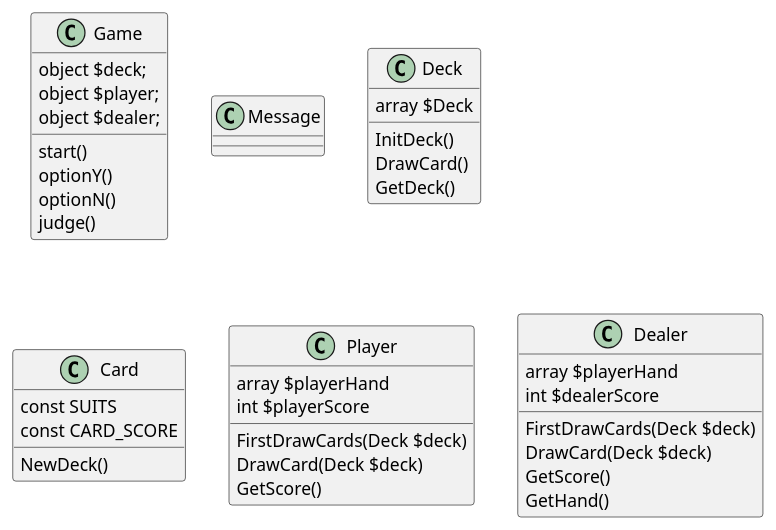
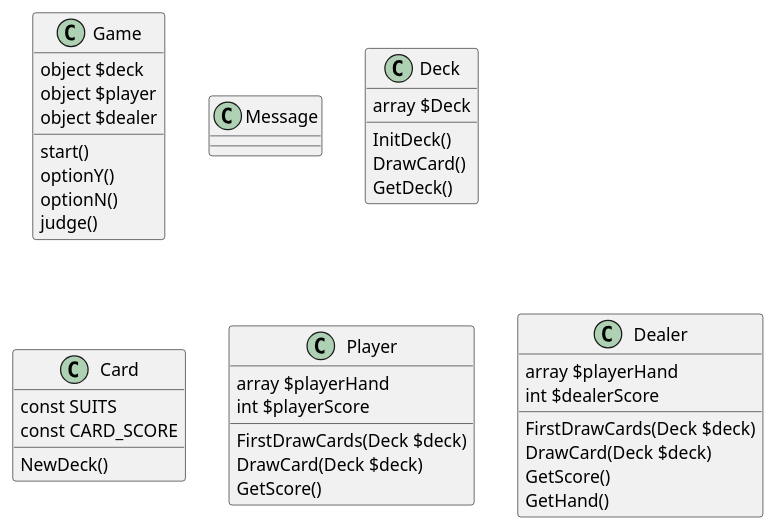
The diagram in src/PlantUML/BlackJackClassCase.pu (RohanKid/BlackJack), drawn with PlantUML before and after one commit. The commit also changed 5 other files, not shown here.

```diff
--- a/src/PlantUML/BlackJackClassCase.pu
+++ b/src/PlantUML/BlackJackClassCase.pu
@@ -1,43 +1,43 @@
-@startuml
+@startuml Blackjack
 class Game {
-  object $deck;
-  object $player;
-  object $dealer;
+  object $deck
+  object $player
+  object $dealer
   start()
   optionY()
   optionN()
   judge()
 }
 class Message {
 
 }
 class Deck {
   array $Deck
   InitDeck()
   DrawCard()
   GetDeck()
 
 }
 class Card {
   const SUITS
   const CARD_SCORE
   NewDeck()
 }
 class Player {
   array $playerHand
   int $playerScore
   FirstDrawCards(Deck $deck)
   DrawCard(Deck $deck)
   GetScore()
 
 }
 class Dealer {
   array $playerHand
   int $dealerScore
   FirstDrawCards(Deck $deck)
   DrawCard(Deck $deck)
   GetScore()
   GetHand()
 
 }
 @enduml
```
